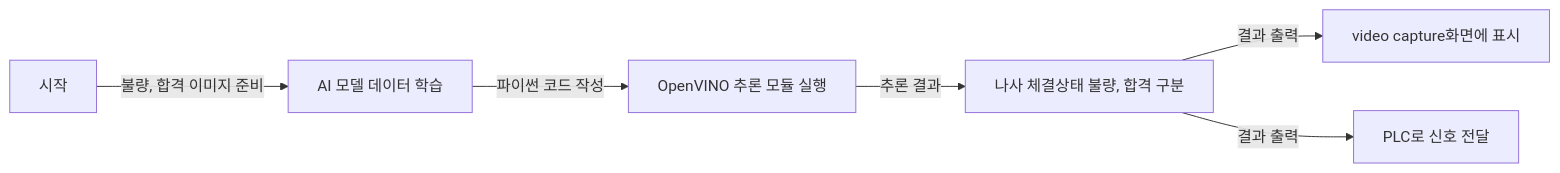
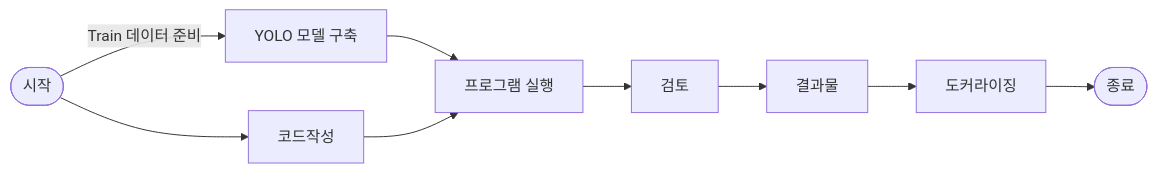
One commit to gamdumdum/team-haidi-project changed the first of 2 diagrams in 보고용 파일 논의.md. Above: the diagram before and after it, drawn with Mermaid. The commit also changed other lines of this file and 12 other files, not shown here.

````diff
--- a/보고용 파일 논의.md
+++ b/보고용 파일 논의.md
@@ -15,8 +14,17 @@
 ```mermaid
 flowchart LR
-    A[시작] -->|불량, 합격 이미지 준비| B[AI 모델 데이터 학습]
-    B -->|파이썬 코드 작성| C[OpenVINO 추론 모듈 실행]
-    C -->|추론 결과| D[나사 체결상태 불량, 합격 구분]
-    D -->|결과 출력| E[video capture화면에 표시]
-    D -->|결과 출력| F[PLC로 신호 전달]
+    시작([시작])
+    시작 -->|Train 데이터 준비| Yolo[YOLO 모델 구축]
+    시작 --> 코드[코드작성]
+
+    Yolo --> 실행[프로그램 실행]
+    코드 --> 실행
+
+    실행 --> 검토[검토]
+    검토 --> 결과[결과물]
+
+
+    결과 --> 도커[도커라이징]
+    도커 --> 종료([종료])
+
 ```
````
